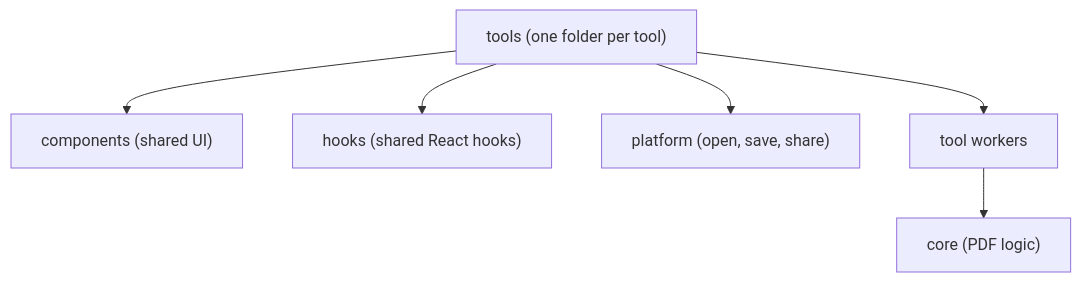
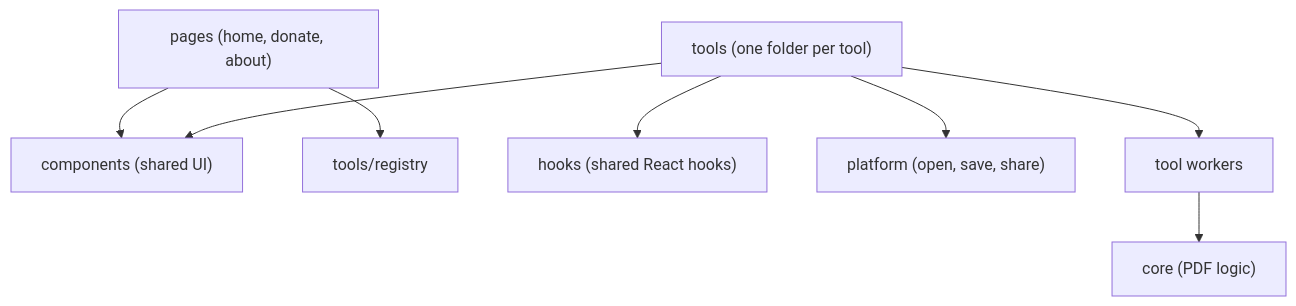
Before and after one commit to intabtools/intabpdf: the first of 3 diagrams in docs/architecture.md, drawn with Mermaid. The commit also changed other lines of this file and 7 other files, not shown here.

````diff
--- a/docs/architecture.md
+++ b/docs/architecture.md
@@ -9,8 +22,10 @@
 ```mermaid
 flowchart TD
-    Tools["tools (one folder per tool)"] --> Components["components (shared UI)"]
+    Pages["pages (home, donate, about)"] --> Components["components (shared UI)"]
+    Pages --> Registry["tools/registry"]
+    Tools["tools (one folder per tool)"] --> Components
     Tools --> Hooks["hooks (shared React hooks)"]
     Tools --> Platform["platform (open, save, share)"]
     Tools --> Workers["tool workers"]
     Workers --> Core["core (PDF logic)"]
 ```
````
